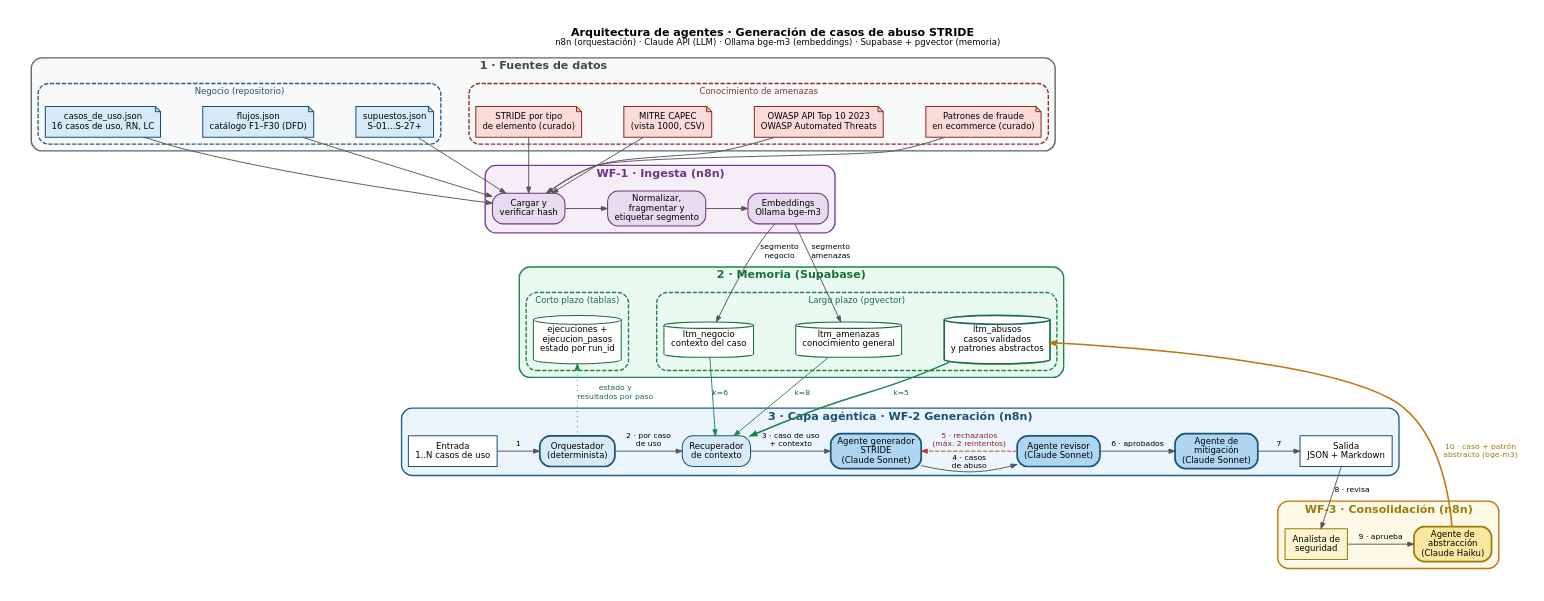
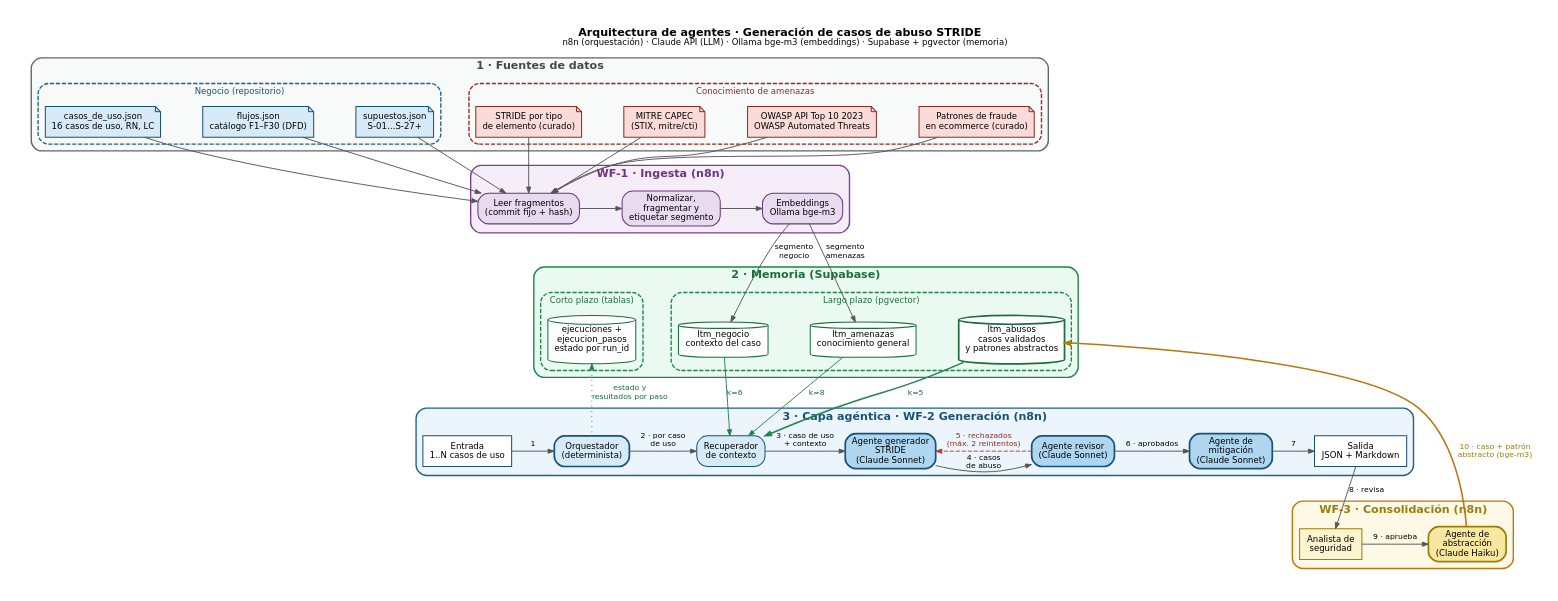
One commit to AnaLauraRG/stride-abuse-agents changed the diagram in diagrams/arquitectura.dot. Above: the diagram before and after it, drawn with Graphviz. The commit also changed 59 other files, not shown here.

```diff
--- a/diagrams/arquitectura.dot
+++ b/diagrams/arquitectura.dot
@@ -1,110 +1,110 @@
 // Arquitectura de agentes para la generación de casos de abuso STRIDE.
 // Generar: dot -Tsvg arquitectura.dot -o arquitectura.svg && dot -Tpng -Gdpi=150 arquitectura.dot -o arquitectura.png
 //
 // Tres flujos de n8n: WF-1 ingesta de la memoria, WF-2 generación de casos de abuso,
 // WF-3 consolidación de casos validados en la memoria de largo plazo.
 
 digraph ARQ {
   graph [rankdir=TB, fontname="DejaVu Sans", fontsize=13, nodesep=0.35, ranksep=0.55,
          newrank=true, pad=0.3, bgcolor="white", compound=true,
          label=<<B>Arquitectura de agentes · Generación de casos de abuso STRIDE</B><BR/><FONT POINT-SIZE="10">n8n (orquestación) · Claude API (LLM) · Ollama bge-m3 (embeddings) · Supabase + pgvector (memoria)</FONT>>,
          labelloc=t];
   node  [fontname="DejaVu Sans", fontsize=10, style="filled", penwidth=1.2, margin="0.12,0.06"];
   edge  [fontname="DejaVu Sans", fontsize=9, color="#555555", arrowsize=0.7, penwidth=1.1];
 
   // ---------------- Fuentes de datos ----------------
   subgraph cluster_fuentes {
     label=<<B>1 · Fuentes de datos</B>>; style="rounded"; color="#626567"; penwidth=1.6; bgcolor="#F8F9F9"; fontcolor="#424949";
     subgraph cluster_f_neg {
       label="Negocio (repositorio)"; style="dashed,rounded"; color="#1F618D"; fontcolor="#1A5276"; fontsize=10;
       f_uc   [label="casos_de_uso.json\n16 casos de uso, RN, LC", shape=note, fillcolor="#D6EAF8", color="#1A5276"];
       f_dfd  [label="flujos.json\ncatálogo F1–F30 (DFD)", shape=note, fillcolor="#D6EAF8", color="#1A5276"];
       f_sup  [label="supuestos.json\nS-01…S-27+", shape=note, fillcolor="#D6EAF8", color="#1A5276"];
     }
     subgraph cluster_f_ame {
       label="Conocimiento de amenazas"; style="dashed,rounded"; color="#922B21"; fontcolor="#922B21"; fontsize=10;
       f_stride [label="STRIDE por tipo\nde elemento (curado)", shape=note, fillcolor="#FADBD8", color="#922B21"];
-      f_capec  [label="MITRE CAPEC\n(vista 1000, CSV)", shape=note, fillcolor="#FADBD8", color="#922B21"];
+      f_capec  [label="MITRE CAPEC\n(STIX, mitre/cti)", shape=note, fillcolor="#FADBD8", color="#922B21"];
       f_owasp  [label="OWASP API Top 10 2023\nOWASP Automated Threats", shape=note, fillcolor="#FADBD8", color="#922B21"];
       f_fraude [label="Patrones de fraude\nen ecommerce (curado)", shape=note, fillcolor="#FADBD8", color="#922B21"];
     }
   }
 
   // ---------------- WF-1 Ingesta ----------------
   subgraph cluster_wf1 {
     label=<<B>WF-1 · Ingesta (n8n)</B>>; style="rounded"; color="#7D3C98"; penwidth=1.6; bgcolor="#F5EEF8"; fontcolor="#6C3483";
-    i_load  [label="Cargar y\nverificar hash", shape=box, style="filled,rounded", fillcolor="#E8DAEF", color="#6C3483"];
+    i_load  [label="Leer fragmentos\n(commit fijo + hash)", shape=box, style="filled,rounded", fillcolor="#E8DAEF", color="#6C3483"];
     i_chunk [label="Normalizar,\nfragmentar y\netiquetar segmento", shape=box, style="filled,rounded", fillcolor="#E8DAEF", color="#6C3483"];
     i_emb   [label="Embeddings\nOllama bge-m3", shape=box, style="filled,rounded", fillcolor="#E8DAEF", color="#6C3483"];
   }
 
   // ---------------- Memoria ----------------
   subgraph cluster_mem {
     label=<<B>2 · Memoria (Supabase)</B>>; style="rounded"; color="#1E8449"; penwidth=1.6; bgcolor="#EAFAF1"; fontcolor="#196F3D";
     subgraph cluster_stm {
       label="Corto plazo (tablas)"; style="dashed,rounded"; color="#1E8449"; fontcolor="#196F3D"; fontsize=10;
       m_stm [label="ejecuciones +\nejecucion_pasos\nestado por run_id", shape=cylinder, fillcolor="#FFFFFF", color="#196F3D"];
     }
     subgraph cluster_ltm {
       label="Largo plazo (pgvector)"; style="dashed,rounded"; color="#1E8449"; fontcolor="#196F3D"; fontsize=10;
       m_neg [label="ltm_negocio\ncontexto del caso", shape=cylinder, fillcolor="#FFFFFF", color="#196F3D"];
       m_ame [label="ltm_amenazas\nconocimiento general", shape=cylinder, fillcolor="#FFFFFF", color="#196F3D"];
       m_abu [label="ltm_abusos\ncasos validados\ny patrones abstractos", shape=cylinder, fillcolor="#FFFFFF", color="#196F3D", penwidth=2];
     }
   }
 
   // ---------------- WF-2 Capa agéntica ----------------
   subgraph cluster_wf2 {
     label=<<B>3 · Capa agéntica · WF-2 Generación (n8n)</B>>; style="rounded"; color="#1F618D"; penwidth=1.6; bgcolor="#EBF5FB"; fontcolor="#1A5276";
     a_in   [label="Entrada\n1..N casos de uso", shape=box, fillcolor="#FFFFFF", color="#1A5276"];
     a_orq  [label="Orquestador\n(determinista)", shape=box, style="filled,rounded", fillcolor="#D6EAF8", color="#1A5276", penwidth=2];
     a_ctx  [label="Recuperador\nde contexto", shape=box, style="filled,rounded", fillcolor="#D6EAF8", color="#1A5276"];
     a_gen  [label="Agente generador\nSTRIDE\n(Claude Sonnet)", shape=box, style="filled,rounded", fillcolor="#AED6F1", color="#1A5276", penwidth=2];
     a_rev  [label="Agente revisor\n(Claude Sonnet)", shape=box, style="filled,rounded", fillcolor="#AED6F1", color="#1A5276", penwidth=2];
     a_mit  [label="Agente de\nmitigación\n(Claude Sonnet)", shape=box, style="filled,rounded", fillcolor="#AED6F1", color="#1A5276", penwidth=2];
     a_out  [label="Salida\nJSON + Markdown", shape=box, fillcolor="#FFFFFF", color="#1A5276"];
   }
 
   // ---------------- WF-3 Consolidación ----------------
   subgraph cluster_wf3 {
     label=<<B>WF-3 · Consolidación (n8n)</B>>; style="rounded"; color="#B9770E"; penwidth=1.6; bgcolor="#FEF9E7"; fontcolor="#9A7D0A";
     h_anal [label="Analista de\nseguridad", shape=box, fillcolor="#FCF3CF", color="#9A7D0A"];
     c_abs  [label="Agente de\nabstracción\n(Claude Haiku)", shape=box, style="filled,rounded", fillcolor="#F9E79F", color="#9A7D0A", penwidth=2];
   }
 
   // Alineación
   {rank=same; f_uc; f_dfd; f_sup; f_stride; f_capec; f_owasp; f_fraude;}
   {rank=same; i_load; i_chunk; i_emb;}
   {rank=same; m_stm; m_neg; m_ame; m_abu;}
   {rank=same; a_in; a_orq; a_ctx; a_gen; a_rev; a_mit; a_out;}
   {rank=same; h_anal; c_abs;}
   // Orden horizontal dentro de cada fila
   f_uc -> f_dfd -> f_sup -> f_stride -> f_capec -> f_owasp -> f_fraude [style=invis];
   m_stm -> m_neg -> m_ame -> m_abu [style=invis];
   a_in -> a_orq -> a_ctx -> a_gen -> a_rev -> a_mit -> a_out [style=invis];
 
   // Fuentes -> ingesta -> memoria
   f_uc -> i_load; f_dfd -> i_load; f_sup -> i_load;
   f_stride -> i_load; f_capec -> i_load; f_owasp -> i_load; f_fraude -> i_load;
   i_load -> i_chunk -> i_emb;
   i_emb -> m_neg [label="segmento\nnegocio"];
   i_emb -> m_ame [label="segmento\namenazas"];
 
   // Ejecución
   a_in -> a_orq [label="1"];
   a_orq -> a_ctx [label="2 · por caso\nde uso"];
   m_neg -> a_ctx [label="k=6", color="#1E8449", fontcolor="#196F3D"];
   m_ame -> a_ctx [label="k=8", color="#1E8449", fontcolor="#196F3D"];
   m_abu -> a_ctx [label="k=5", color="#1E8449", fontcolor="#196F3D", penwidth=1.8 ];
   a_ctx -> a_gen [label="3 · caso de uso\n+ contexto"];
   a_gen -> a_rev [label="4 · casos\nde abuso"];
   a_rev -> a_gen [label="5 · rechazados\n(máx. 2 reintentos)", constraint=false, style=dashed, color="#C0392B", fontcolor="#922B21"];
   a_rev -> a_mit [label="6 · aprobados"];
   a_mit -> a_out [label="7"];
   m_stm -> a_orq [dir=back, label="estado y\nresultados por paso", style=dotted, color="#1E8449", fontcolor="#196F3D"];
 
   // Consolidación con revisión humana
   a_out -> h_anal [label="8 · revisa"];
   h_anal -> c_abs [label="9 · aprueba"];
   c_abs -> m_abu [label="10 · caso + patrón\nabstracto (bge-m3)", color="#B9770E", fontcolor="#9A7D0A", penwidth=1.8];
 }
```
